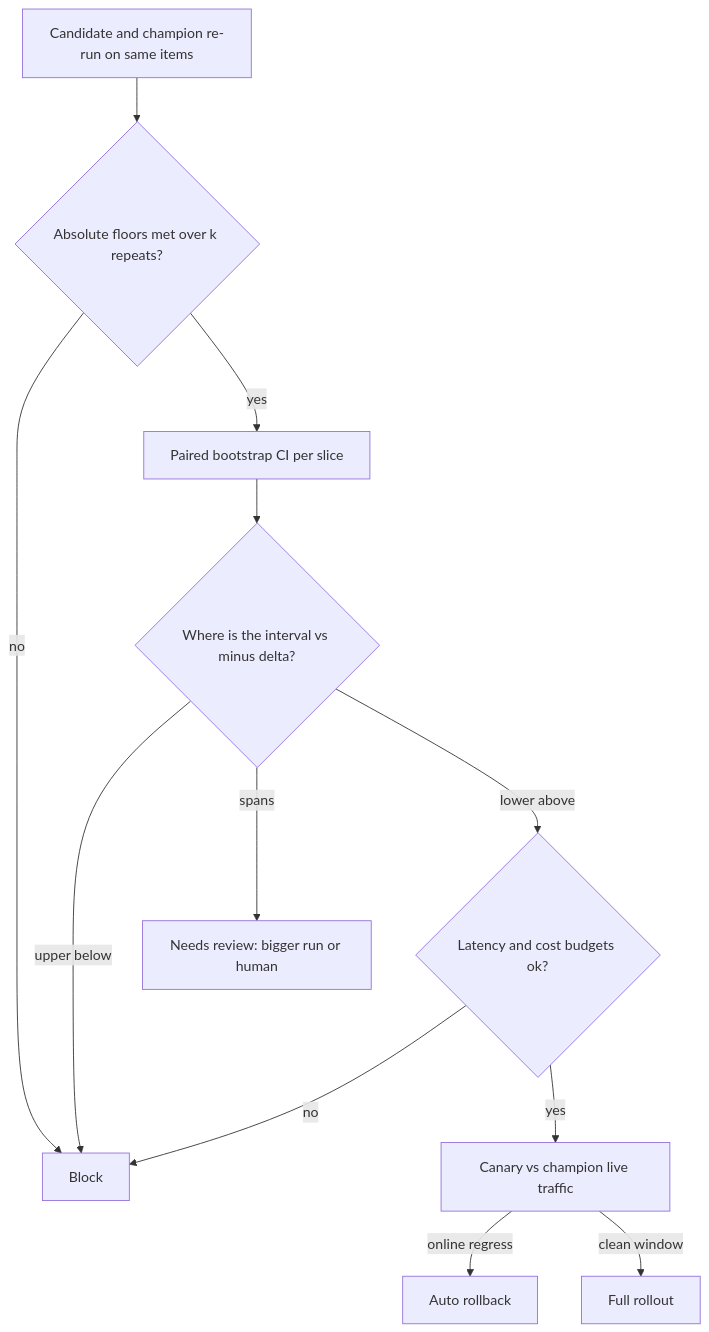
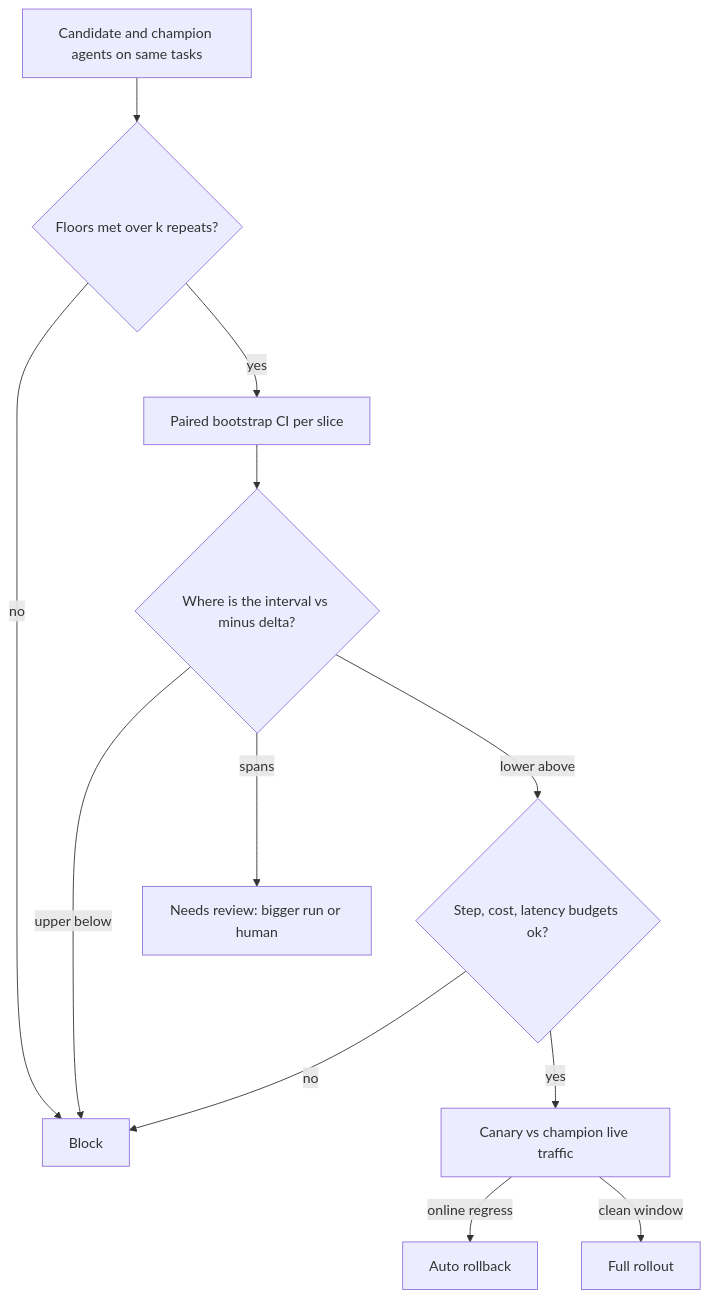
Before and after one commit to lovishmahajan97/agentic-learning: the diagram in content/llmops-platform/evaluation-gates-for-production-releases.md, drawn with Mermaid. The commit also changed other lines of this file and 454 other files, not shown here.

````diff
--- a/content/llmops-platform/evaluation-gates-for-production-releases.md
+++ b/content/llmops-platform/evaluation-gates-for-production-releases.md
@@ -130,14 +145,14 @@
 ```mermaid
 flowchart TD
-    C["Candidate and champion re-run on same items"] --> F{"Absolute floors met over k repeats?"}
+    C["Candidate and champion agents on same tasks"] --> F{"Floors met over k repeats?"}
     F -->|"no"| B["Block"]
     F -->|"yes"| P["Paired bootstrap CI per slice"]
     P --> D{"Where is the interval vs minus delta?"}
     D -->|"upper below"| B
     D -->|"spans"| R["Needs review: bigger run or human"]
-    D -->|"lower above"| O{"Latency and cost budgets ok?"}
+    D -->|"lower above"| O{"Step, cost, latency budgets ok?"}
     O -->|"no"| B
     O -->|"yes"| K["Canary vs champion live traffic"]
     K -->|"online regress"| RB["Auto rollback"]
     K -->|"clean window"| FR["Full rollout"]
 ```
````
